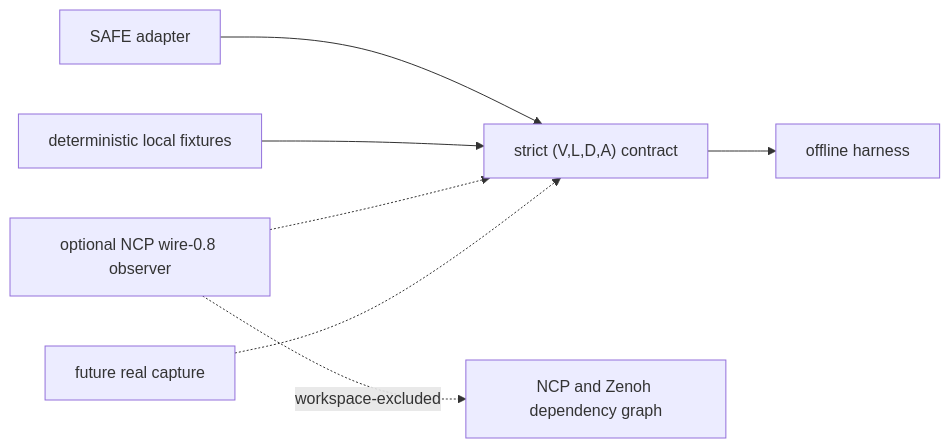
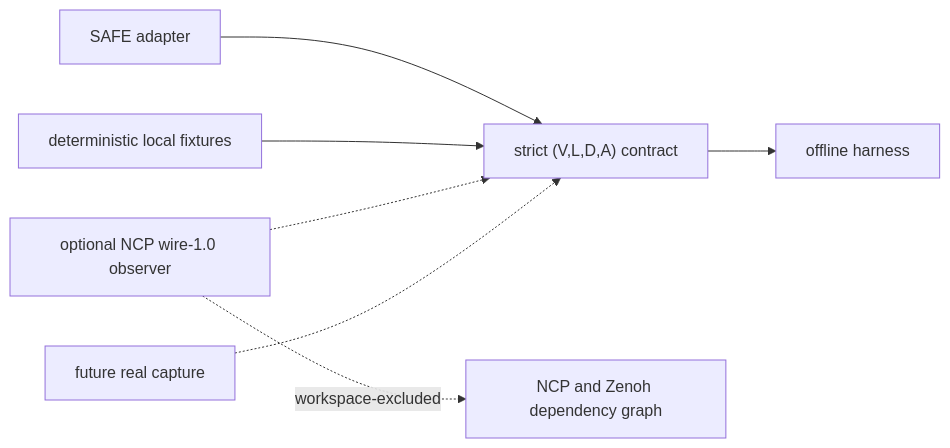
The seventh of 12 diagrams in DIAGRAMS.md (sepahead/prisoma), drawn with Mermaid before and after one commit. The commit also changed 33 other files, not shown here.

First line of the commit message:
ncp-observer: move to the NCP 1.0.0-rc.1 candidate and retire wire 0.8

````diff
--- a/DIAGRAMS.md
+++ b/DIAGRAMS.md
@@ -164,10 +164,10 @@
 ```mermaid
 flowchart LR
     Safe["SAFE adapter"] --> Contract["strict (V,L,D,A) contract"]
     Toy["deterministic local fixtures"] --> Contract
-    NCP["optional NCP wire-0.8 observer"] -.-> Contract
+    NCP["optional NCP wire-1.0 observer"] -.-> Contract
     Real["future real capture"] -.-> Contract
     Contract --> Harness["offline harness"]
 
     NCP -.->|workspace-excluded| Optional["NCP and Zenoh dependency graph"]
 ```
````
